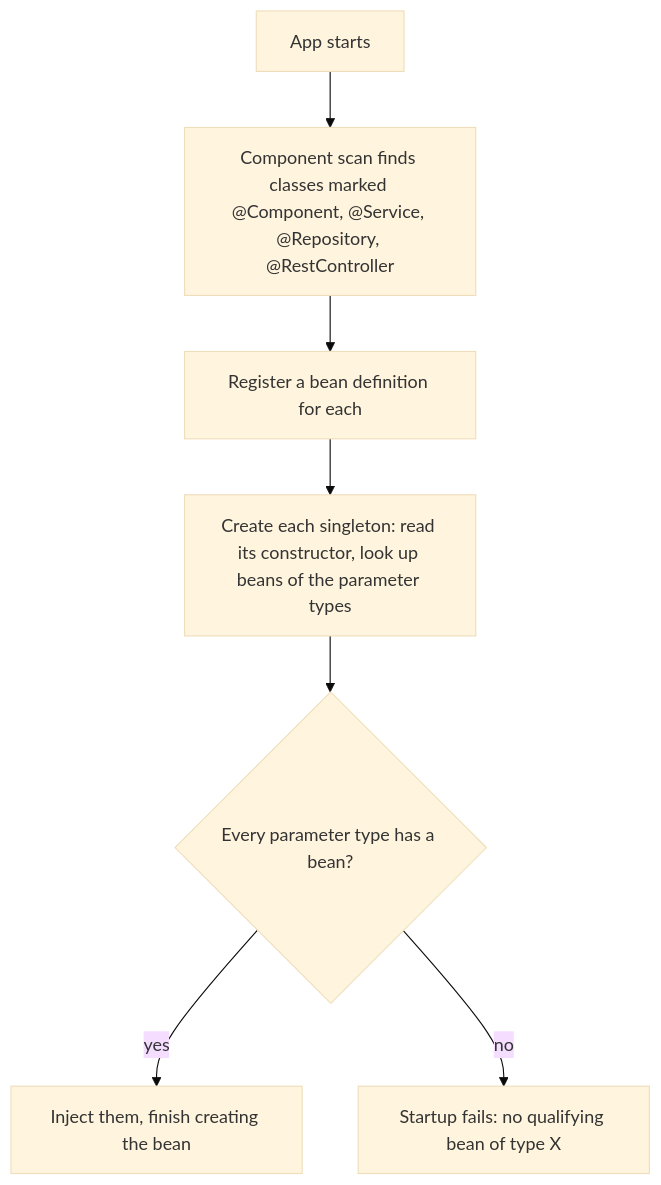
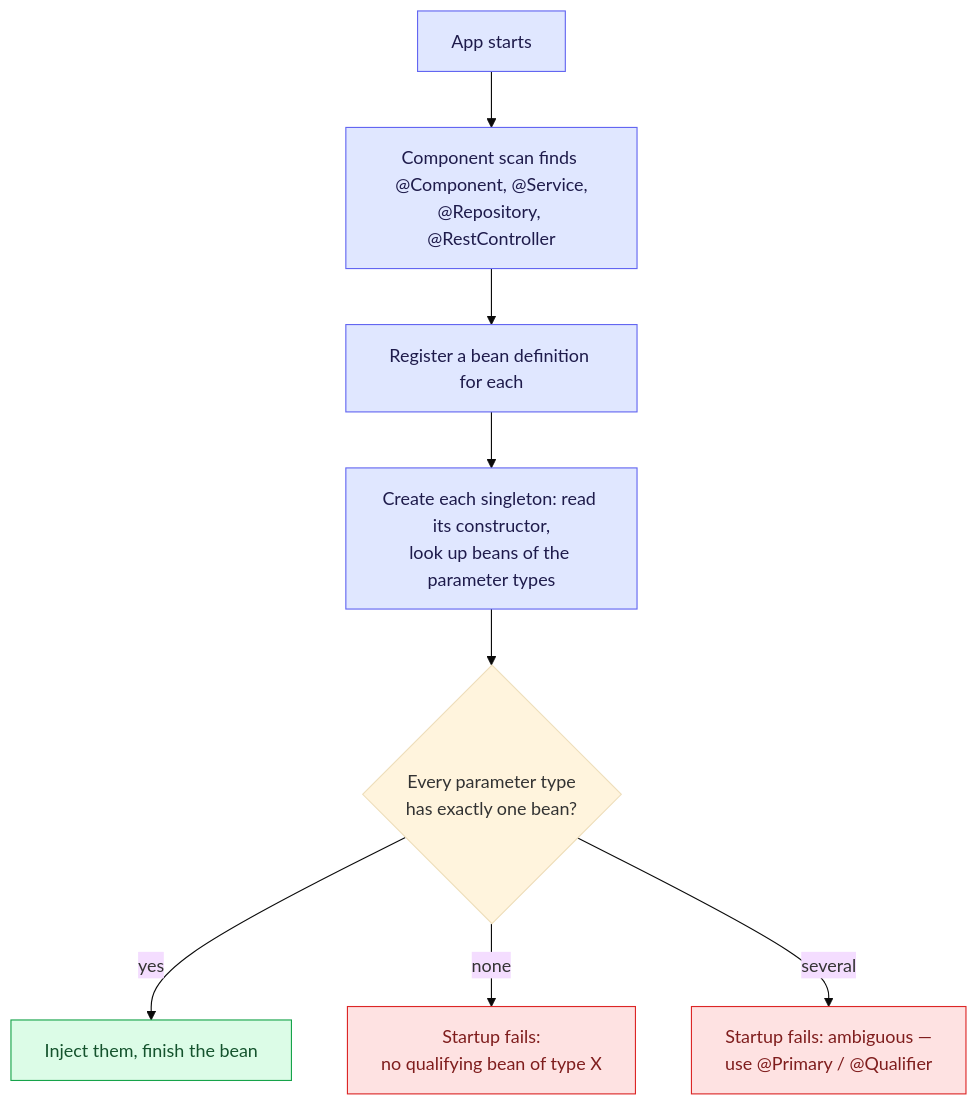
One commit to Sriram-Karthick-k/progress-tracker changed the second of 3 diagrams in content/notes/spring-boot-system-design/01-spring-boot-basics/dependency-injection-and-layers.md. Above: the diagram before and after it, drawn with Mermaid (base theme). The commit also changed other lines of this file and 18 other files, not shown here.

````diff
--- a/content/notes/spring-boot-system-design/01-spring-boot-basics/dependency-injection-and-layers.md
+++ b/content/notes/spring-boot-system-design/01-spring-boot-basics/dependency-injection-and-layers.md
@@ -22,9 +57,13 @@
 ```mermaid
 flowchart TD
-  A["App starts"] --> B["Component scan finds classes marked @Component, @Service, @Repository, @RestController"]
-  B --> C["Register a bean definition for each"]
-  C --> D["Create each singleton: read its constructor, look up beans of the parameter types"]
-  D --> E{"Every parameter type has a bean?"}
-  E -->|yes| F["Inject them, finish creating the bean"]
-  E -->|no| G["Startup fails: no qualifying bean of type X"]
+  A["App starts"]:::step --> B["Component scan finds @Component, @Service,<br/>@Repository, @RestController"]:::step
+  B --> C["Register a bean definition for each"]:::step
+  C --> D["Create each singleton: read its constructor,<br/>look up beans of the parameter types"]:::step
+  D --> E{"Every parameter type<br/>has exactly one bean?"}
+  E -->|yes| F["Inject them, finish the bean"]:::good
+  E -->|none| G["Startup fails:<br/>no qualifying bean of type X"]:::bad
+  E -->|several| H["Startup fails: ambiguous —<br/>use @Primary / @Qualifier"]:::bad
+  classDef step fill:#e0e7ff,stroke:#6366f1,color:#1e1b4b
+  classDef good fill:#dcfce7,stroke:#16a34a,color:#14532d
+  classDef bad fill:#fee2e2,stroke:#dc2626,color:#7f1d1d
 ```
````
